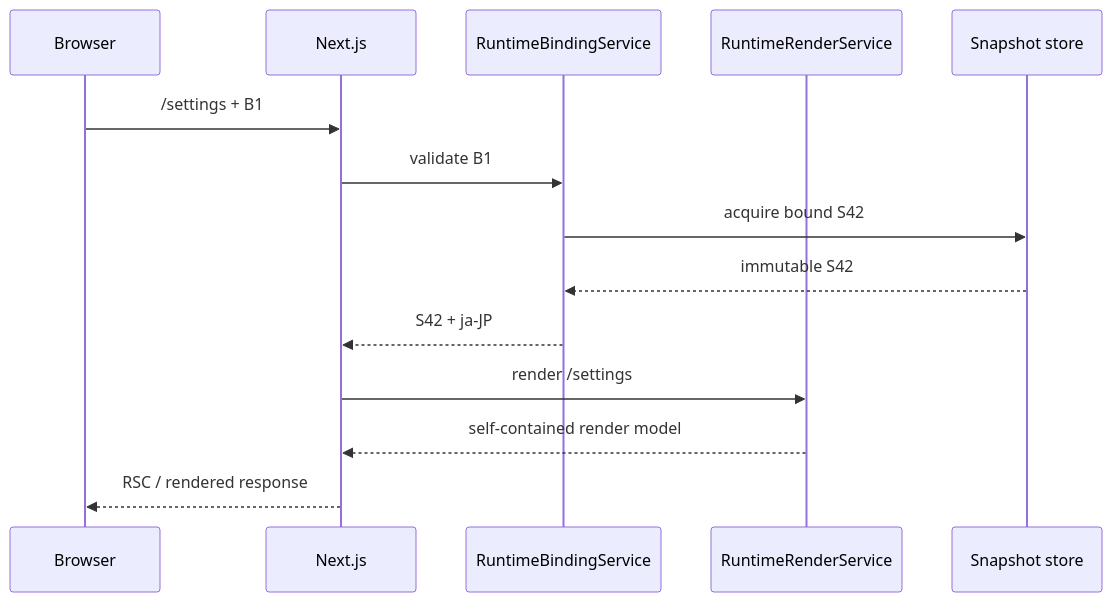
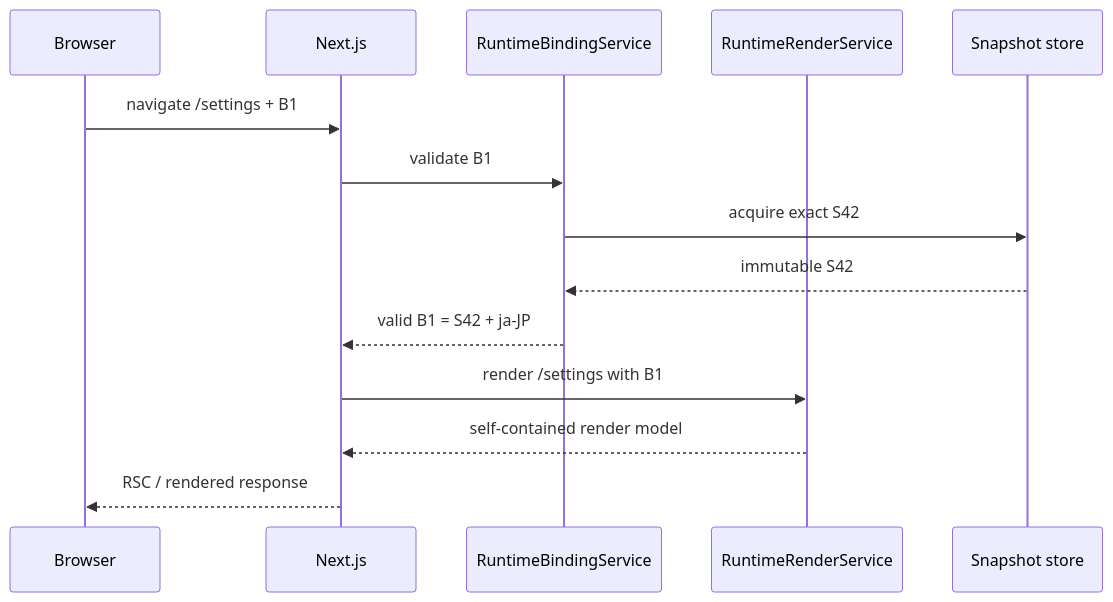
One commit to taskmigo/docs changed the fifth of 13 diagrams in content/versions/v0/developer/resource-runtime.mdx. Above: the diagram before and after it, drawn with Mermaid. The commit also changed other lines of this file, not shown here.

````diff
--- a/content/versions/v0/developer/resource-runtime.mdx
+++ b/content/versions/v0/developer/resource-runtime.mdx
@@ -143,17 +121,17 @@
 ```mermaid
 sequenceDiagram
   participant Browser
   participant Next as Next.js
   participant Binding as RuntimeBindingService
   participant Render as RuntimeRenderService
   participant Store as Snapshot store
 
-  Browser->>Next: /settings + B1
+  Browser->>Next: navigate /settings + B1
   Next->>Binding: validate B1
-  Binding->>Store: acquire bound S42
+  Binding->>Store: acquire exact S42
   Store-->>Binding: immutable S42
-  Binding-->>Next: S42 + ja-JP
-  Next->>Render: render /settings
+  Binding-->>Next: valid B1 = S42 + ja-JP
+  Next->>Render: render /settings with B1
   Render-->>Next: self-contained render model
   Next-->>Browser: RSC / rendered response
 ```
````
